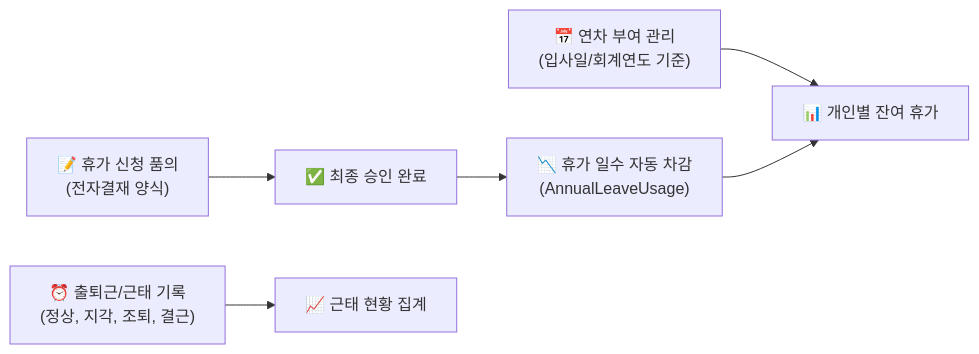
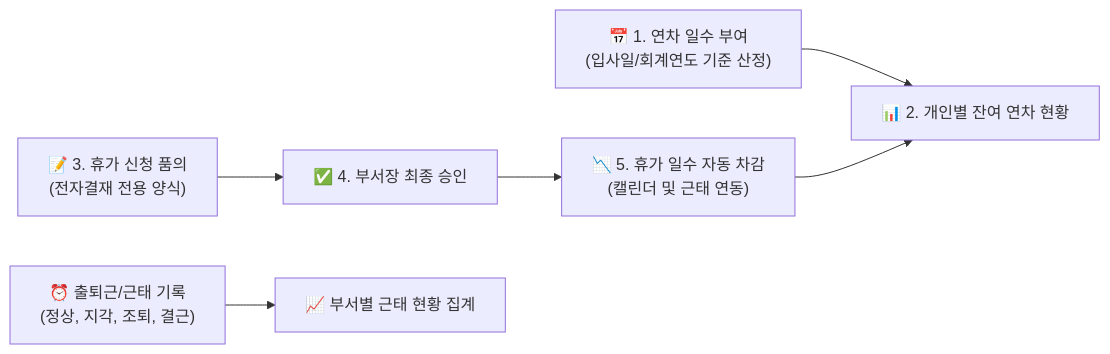
Before and after one commit to nc2U/ibs: the diagram in app/vue/docs/hr-manage/attendance.md, drawn with Mermaid. The commit also changed other lines of this file and 7 other files, not shown here.

````diff
--- a/app/vue/docs/hr-manage/attendance.md
+++ b/app/vue/docs/hr-manage/attendance.md
@@ -8,8 +12,8 @@
 ```mermaid
 flowchart LR
-    A["📅 연차 부여 관리<br>(입사일/회계연도 기준)"] --> B["📊 개인별 잔여 휴가"]
-    C["📝 휴가 신청 품의<br>(전자결재 양식)"] --> D["✅ 최종 승인 완료"]
-    D --> E["📉 휴가 일수 자동 차감<br>(AnnualLeaveUsage)"]
+    A["📅 1. 연차 일수 부여<br>(입사일/회계연도 기준 산정)"] --> B["📊 2. 개인별 잔여 연차 현황"]
+    C["📝 3. 휴가 신청 품의<br>(전자결재 전용 양식)"] --> D["✅ 4. 부서장 최종 승인"]
+    D --> E["📉 5. 휴가 일수 자동 차감<br>(캘린더 및 근태 연동)"]
     E --> B
-    F["⏰ 출퇴근/근태 기록<br>(정상, 지각, 조퇴, 결근)"] --> G["📈 근태 현황 집계"]
+    F["⏰ 출퇴근/근태 기록<br>(정상, 지각, 조퇴, 결근)"] --> G["📈 부서별 근태 현황 집계"]
 ```
````
